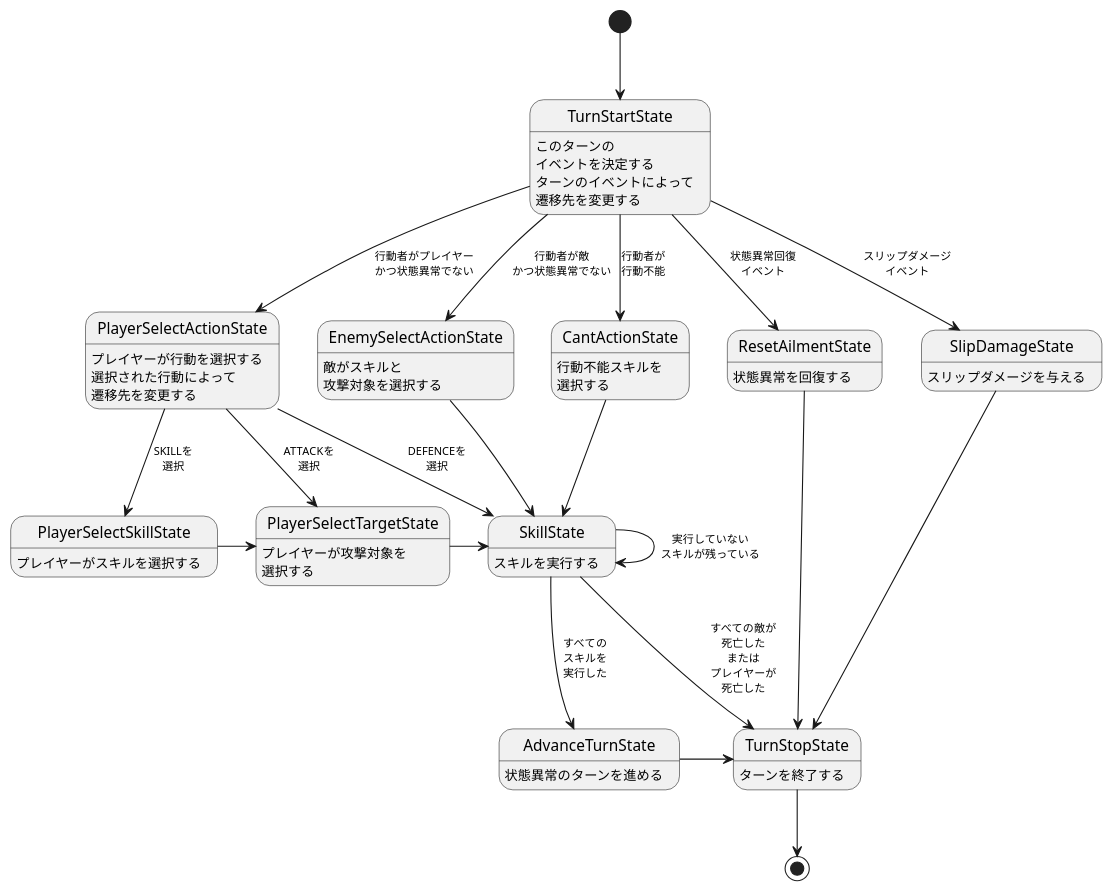
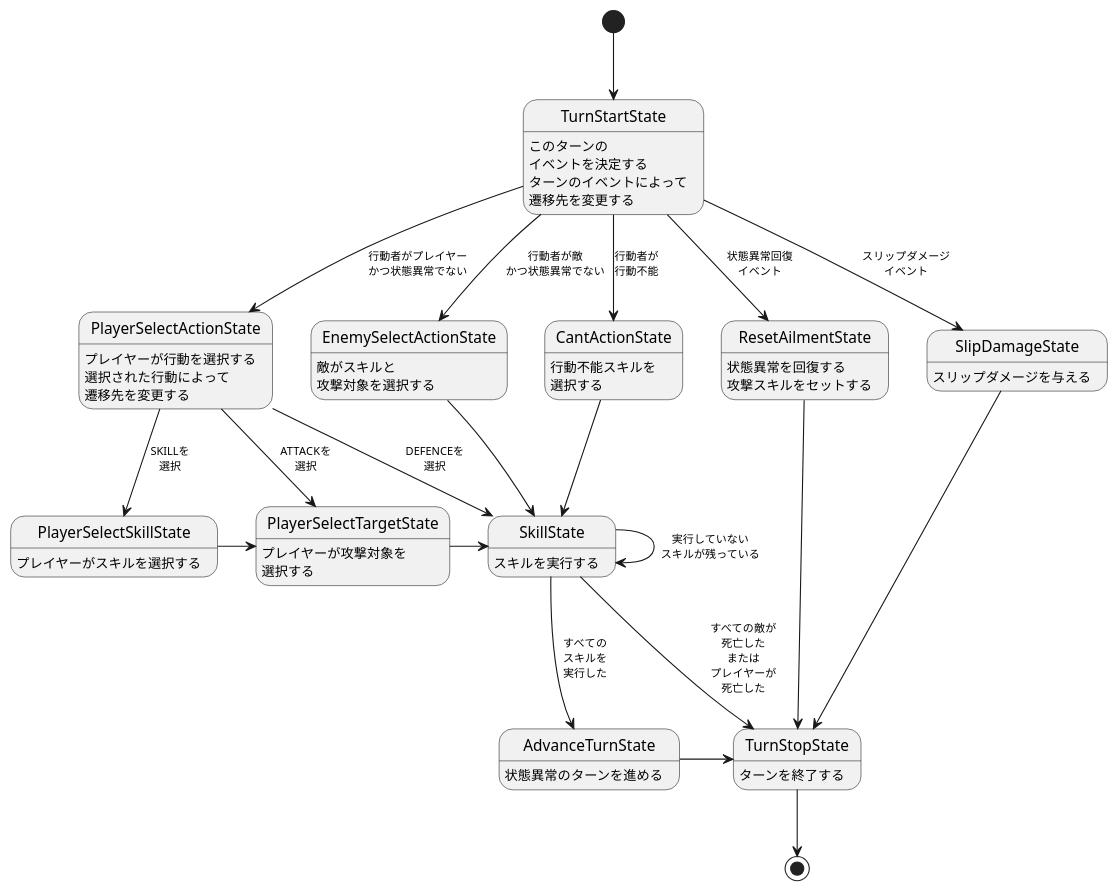
The diagram in Documents/PlantUML/TurnStateDiagram.puml (natsuhiko-maekawa/RPG), drawn with PlantUML before and after one commit. The commit also changed 5 other files, not shown here.

```diff
--- a/Documents/PlantUML/TurnStateDiagram.puml
+++ b/Documents/PlantUML/TurnStateDiagram.puml
@@ -1,44 +1,44 @@
 @startuml
 'https://plantuml.com/ja/state-diagram
 
 <style>
 stateDiagram {
   arrow {
     FontSize 10
   }
 }
 </style>
 
 [*] --> TurnStartState
 TurnStartState --> PlayerSelectActionState : 行動者がプレイヤー\nかつ状態異常でない
 PlayerSelectActionState --> PlayerSelectSkillState : SKILLを\n選択
 PlayerSelectActionState --> PlayerSelectTargetState : ATTACKを\n選択
 PlayerSelectActionState --> SkillState : DEFENCEを\n選択
 PlayerSelectSkillState -> PlayerSelectTargetState
 PlayerSelectTargetState -> SkillState
 TurnStartState --> EnemySelectActionState : 行動者が敵\nかつ状態異常でない
 EnemySelectActionState --> SkillState
 TurnStartState --> CantActionState : 行動者が\n行動不能
 CantActionState --> SkillState
 SkillState --> SkillState : 実行していない\nスキルが残っている
 SkillState --> AdvanceTurnState : すべての\nスキルを\n実行した
 SkillState --> TurnStopState : すべての敵が\n死亡した\nまたは\nプレイヤーが\n死亡した
 AdvanceTurnState -> TurnStopState
 TurnStartState --> ResetAilmentState : 状態異常回復\nイベント
 ResetAilmentState ---> TurnStopState
 TurnStartState --> SlipDamageState : スリップダメージ\nイベント
 SlipDamageState ---> TurnStopState
 TurnStopState --> [*]
 
 TurnStartState : このターンの\nイベントを決定する\nターンのイベントによって\n遷移先を変更する
 PlayerSelectActionState : プレイヤーが行動を選択する\n選択された行動によって\n遷移先を変更する
 PlayerSelectSkillState : プレイヤーがスキルを選択する
 PlayerSelectTargetState : プレイヤーが攻撃対象を\n選択する
 EnemySelectActionState : 敵がスキルと\n攻撃対象を選択する
 CantActionState : 行動不能スキルを\n選択する
 SkillState : スキルを実行する
 AdvanceTurnState : 状態異常のターンを進める
-ResetAilmentState : 状態異常を回復する
+ResetAilmentState : 状態異常を回復する\n攻撃スキルをセットする
 SlipDamageState : スリップダメージを与える
 TurnStopState : ターンを終了する
 @enduml
```
